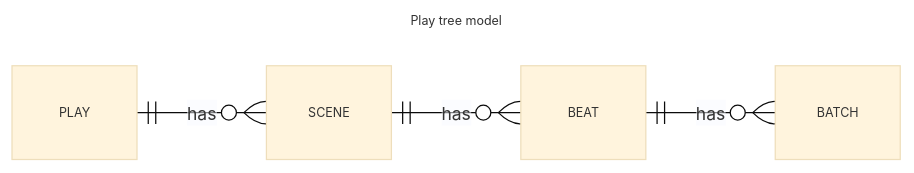
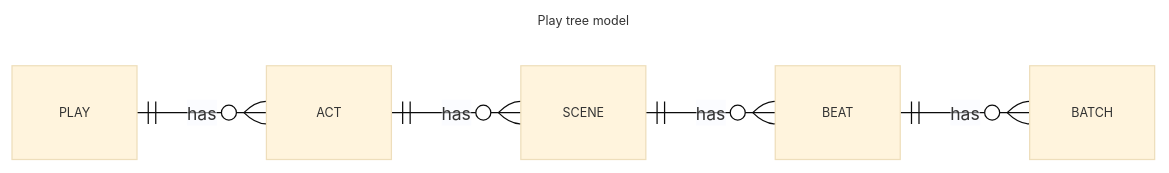
One commit to wgedeon/comfyui_play_traversal changed the diagram in README.md. Above: the diagram before and after it, drawn with Mermaid. The commit also changed other lines of this file and 2 other files, not shown here.

Commit message:
* clean-up * added act between play and scene * added main clip to play

````diff
--- a/README.md
+++ b/README.md
@@ -47,12 +47,13 @@
 ```mermaid
 ---
 title: Play tree model
 ---
 %%{init: {'theme':'base', 'themeVariables': { 'fontSize': '10px' }}}%%
 erDiagram
     direction LR
 
-    PLAY ||--o{ SCENE : has
+    PLAY ||--o{ ACT : has
+    ACT ||--o{ SCENE : has
     SCENE ||--o{ BEAT : has  
     BEAT ||--o{ BATCH : has
 ```
````
